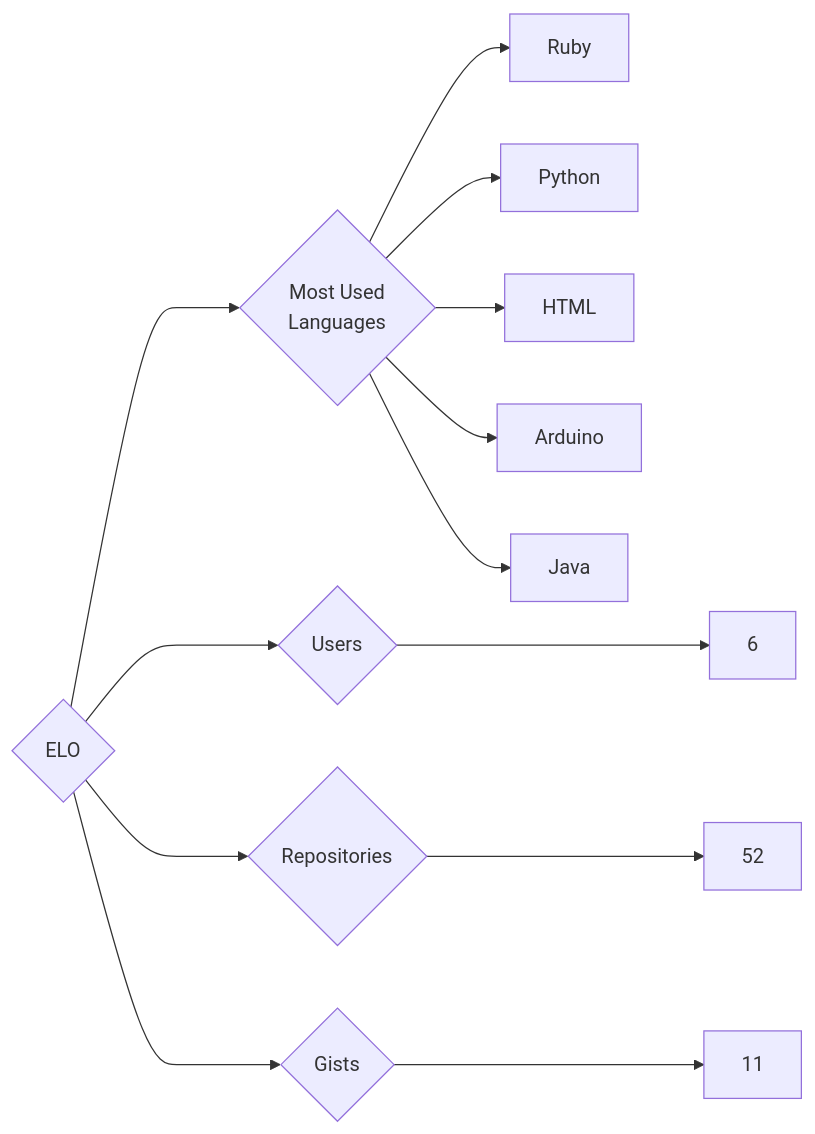
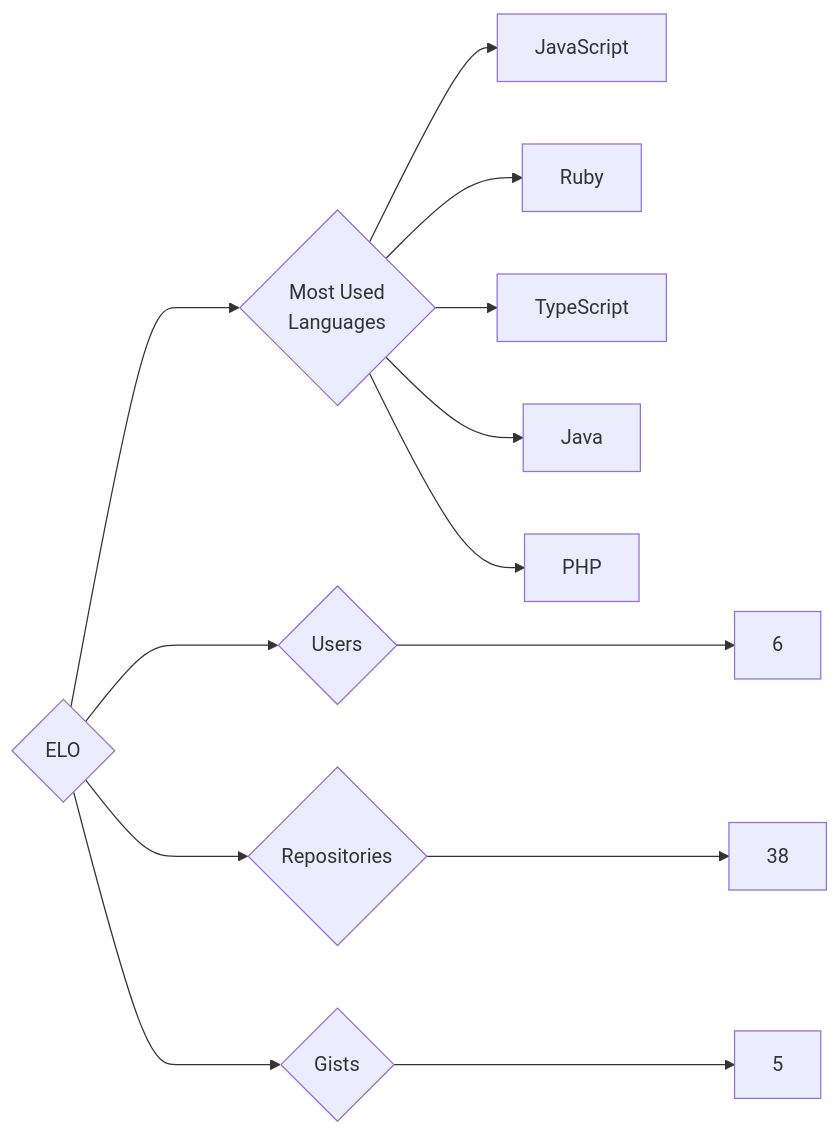
One commit to trickest/insiders changed the diagram in targets/ELO/README.md. Above: the diagram before and after it, drawn with Mermaid. The commit also changed 997 other files, not shown here.

````diff
--- a/targets/ELO/README.md
+++ b/targets/ELO/README.md
@@ -3,13 +3,13 @@
 ```mermaid
 graph LR
 COMPANY_NAME{ELO}
 COMPANY_NAME ---> U{Users} ---> UN[6]
-COMPANY_NAME ---> R{Repositories} ---> RN[52]
-COMPANY_NAME ---> G{Gists} ---> GN[11]
+COMPANY_NAME ---> R{Repositories} ---> RN[38]
+COMPANY_NAME ---> G{Gists} ---> GN[5]
 COMPANY_NAME ---> ML{Most Used<br>Languages}
+ML --> JavaScript[JavaScript]
 ML --> Ruby[Ruby]
-ML --> Python[Python]
-ML --> HTML[HTML]
-ML --> Arduino[Arduino]
+ML --> TypeScript[TypeScript]
 ML --> Java[Java]
+ML --> PHP[PHP]
 ```
````
